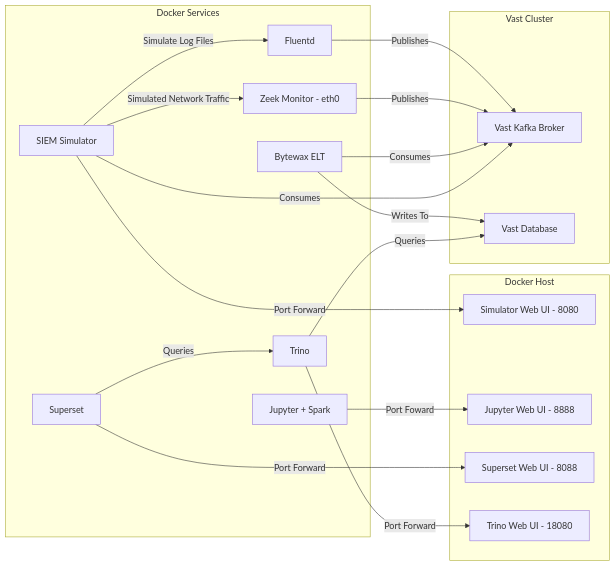
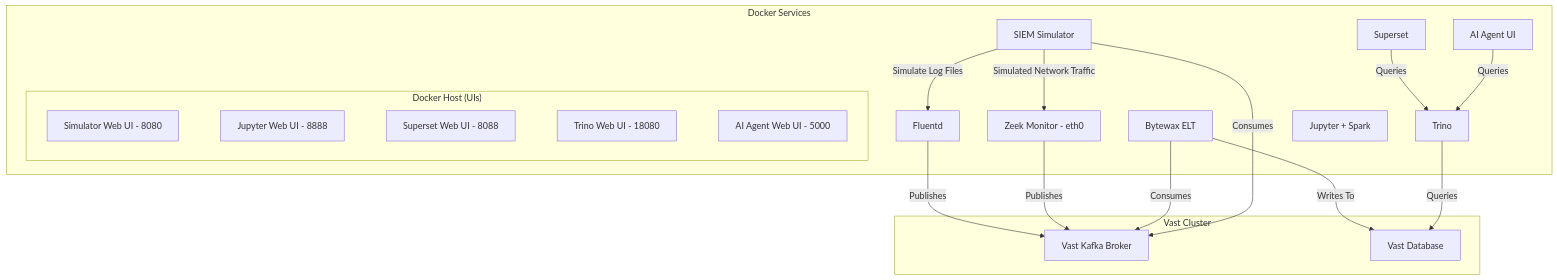
Before and after one commit to snowch/vastdata_siem_demo: the diagram in docs/DESIGN.md, drawn with Mermaid.

````diff
--- a/docs/DESIGN.md
+++ b/docs/DESIGN.md
@@ -17,40 +17,41 @@
 ```mermaid
-graph LR
+graph TD
     subgraph "Docker Services"
         Z[Zeek Monitor - eth0]
         S[SIEM Simulator]
         F[Fluentd]
         J[Bytewax ELT]
         T[Trino]
         AS[Superset]
         B[Jupyter + Spark]
+        AI[AI Agent UI]
 
         S -- Simulate Log Files --> F
         S -- Simulated Network Traffic --> Z
         AS -- Queries --> T
-    end
+        AI -- Queries --> T
 
-    subgraph "Docker Host"
-        SW[Simulator Web UI - 8080]
-        JW[Jupyter Web UI - 8888]
-        ASW[Superset Web UI - 8088]
-        TW[Trino Web UI - 18080]
+        subgraph "Docker Host (UIs)"
+            SW[Simulator Web UI - 8080]
+            JW[Jupyter Web UI - 8888]
+            ASW[Superset Web UI - 8088]
+            TW[Trino Web UI - 18080]
+            AG[AI Agent Web UI - 5000]
+
+            %% This is the new line that forces the vertical layout %%
+            SW ~~~ JW ~~~ ASW ~~~ TW ~~~ AG
+        end
     end
 
     subgraph "Vast Cluster"
         K[Vast Kafka Broker]
         VDB[Vast Database]
     end
-
-    S -- Port Forward --> SW
-    AS -- Port Forward --> ASW
-    T -- Port Forward --> TW
-    B -- Port Foward --> JW
 
     F -- Publishes --> K
     Z -- Publishes --> K
     J -- Consumes --> K
     S -- Consumes --> K
     J -- Writes To --> VDB
     T -- Queries --> VDB
 ```
````
